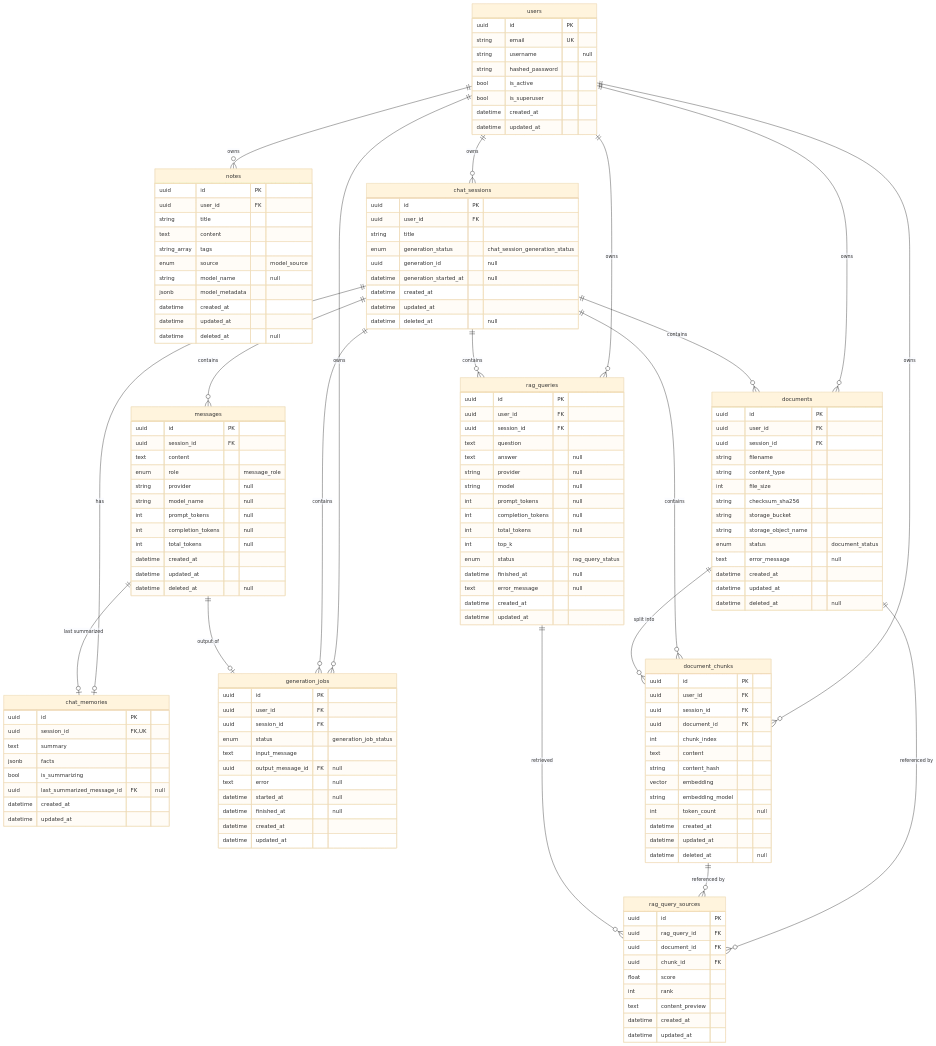
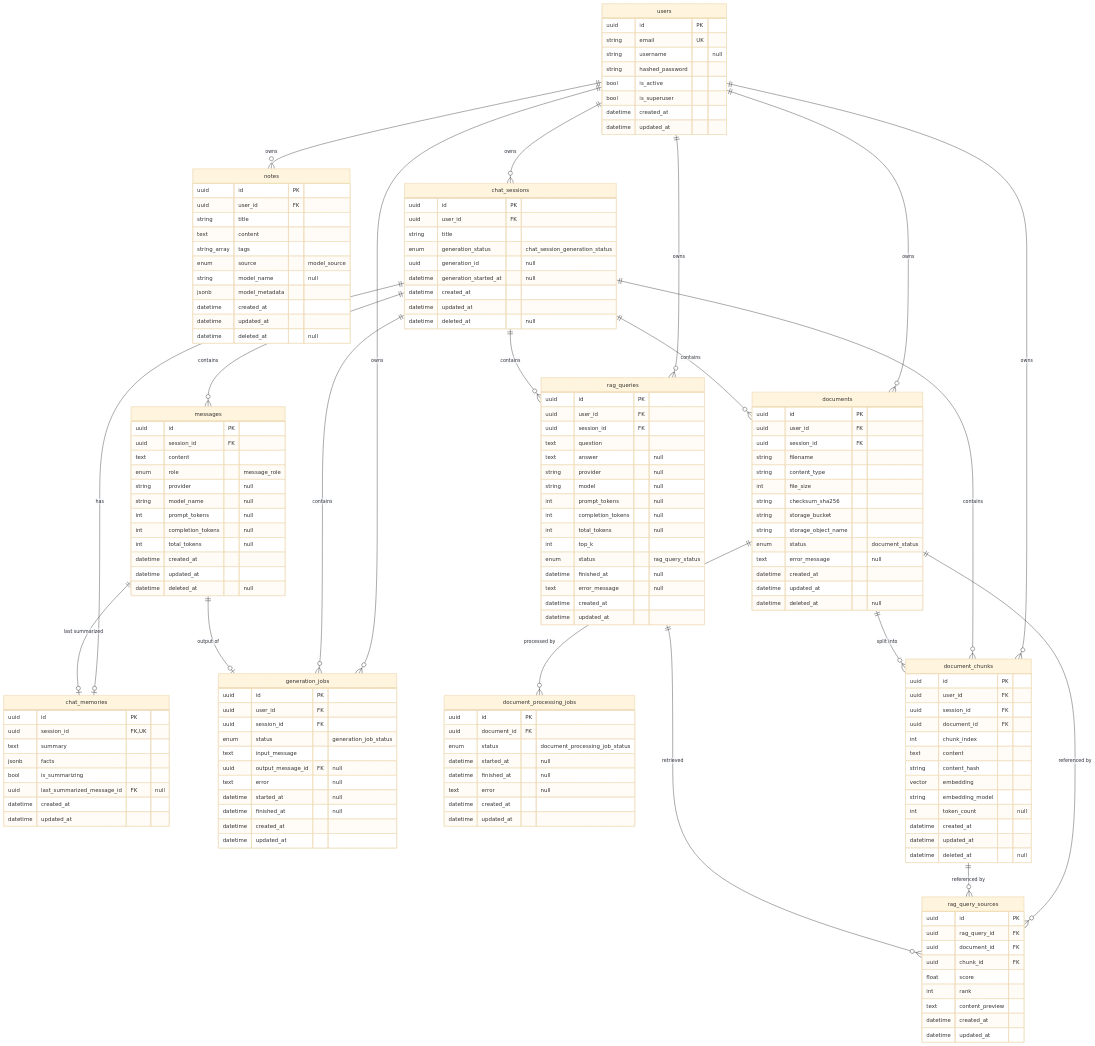
One commit to NKTKLN/ai-notes-api changed the diagram in README.md. Above: the diagram before and after it, drawn with Mermaid (base theme).

Commit message:
docs(readme): add document processing jobs to erd

```diff
--- a/README.md
+++ b/README.md
@@ -279,6 +279,17 @@
         datetime deleted_at "null"
     }
 
+    document_processing_jobs {
+        uuid id PK
+        uuid document_id FK
+        enum status "document_processing_job_status"
+        datetime started_at "null"
+        datetime finished_at "null"
+        text error "null"
+        datetime created_at
+        datetime updated_at
+    }
+
     document_chunks {
         uuid id PK
         uuid user_id FK
@@ -343,6 +354,7 @@
     messages ||--o| generation_jobs : "output of"
     messages ||--o| chat_memories : "last summarized"
 
+    documents ||--o{ document_processing_jobs : "processed by"
     documents ||--o{ document_chunks : "split into"
     documents ||--o{ rag_query_sources : "referenced by"
     document_chunks ||--o{ rag_query_sources : "referenced by"
```
